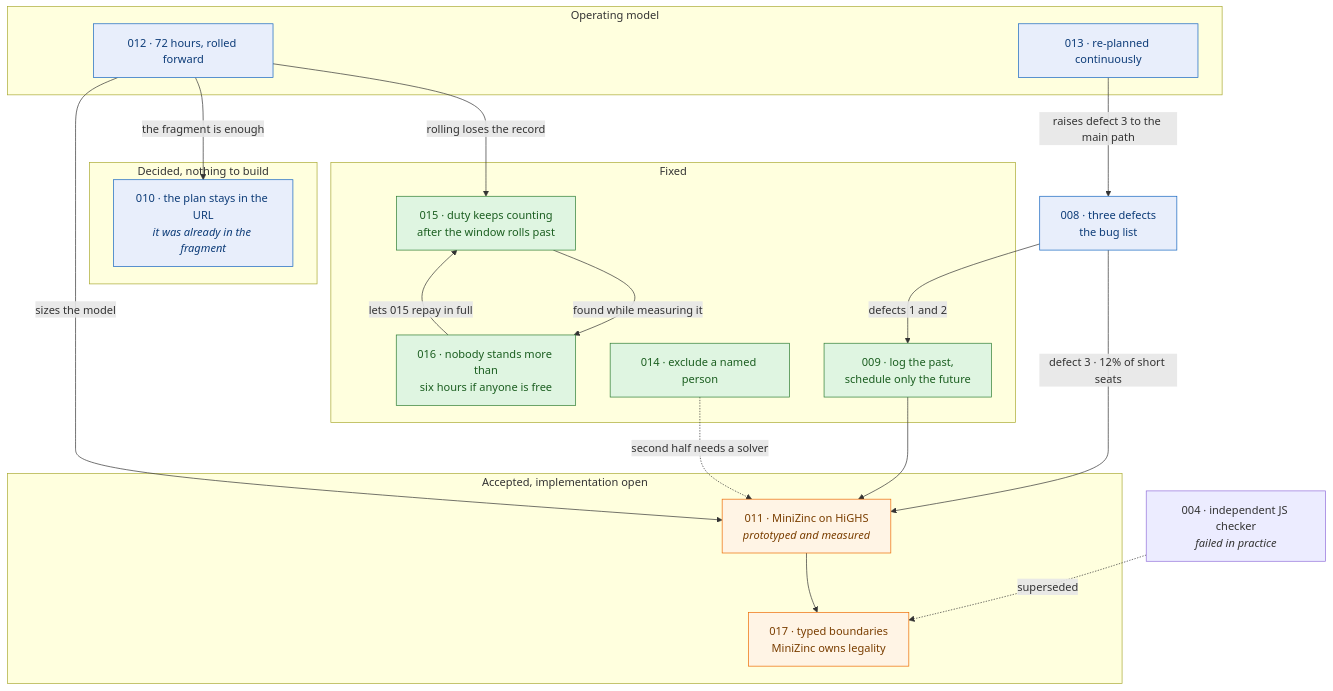
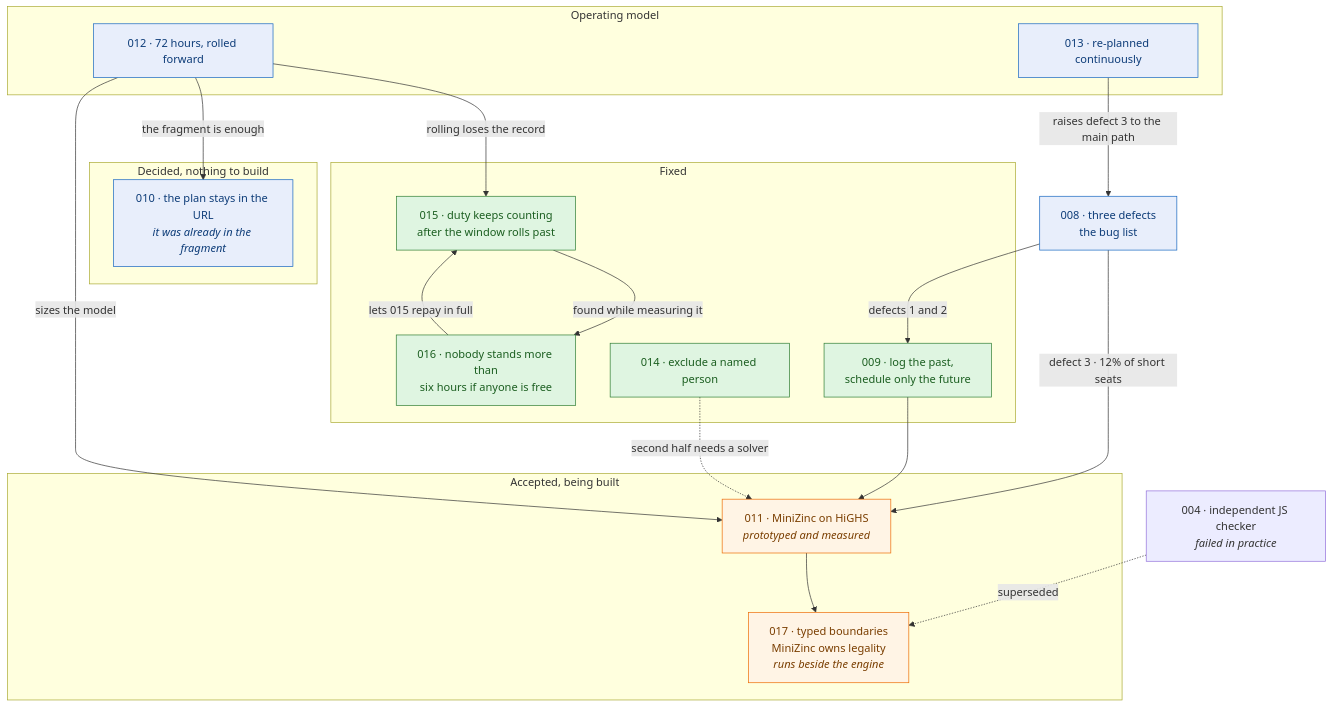
One commit to barakplasma/guard changed the diagram in docs/plans/README.md. Above: the diagram before and after it, drawn with Mermaid. The commit also changed other lines of this file and 28 other files, not shown here.

````diff
--- a/docs/plans/README.md
+++ b/docs/plans/README.md
@@ -30,45 +30,45 @@
 ```mermaid
 flowchart TB
     A008["008 · three defects<br/>the bug list"]
 
     subgraph fixed ["Fixed"]
         A009["009 · log the past,<br/>schedule only the future"]
         A015["015 · duty keeps counting<br/>after the window rolls past"]
         A014["014 · exclude a named person"]
         A016["016 · nobody stands more than<br/>six hours if anyone is free"]
     end
 
     subgraph decided ["Decided, nothing to build"]
         A010["010 · the plan stays in the URL<br/><i>it was already in the fragment</i>"]
     end
 
-    subgraph open ["Accepted, implementation open"]
+    subgraph open ["Accepted, being built"]
         A011["011 · MiniZinc on HiGHS<br/><i>prototyped and measured</i>"]
-        A017["017 · typed boundaries<br/>MiniZinc owns legality"]
+        A017["017 · typed boundaries<br/>MiniZinc owns legality<br/><i>runs beside the engine</i>"]
     end
 
     subgraph frame ["Operating model"]
         A012["012 · 72 hours, rolled forward"]
         A013["013 · re-planned continuously"]
     end
 
     A008 -- "defects 1 and 2" --> A009
     A008 -- "defect 3 · 12% of short seats" --> A011
     A012 -- "rolling loses the record" --> A015
     A013 -- "raises defect 3 to the main path" --> A008
     A012 -- "the fragment is enough" --> A010
     A012 -- "sizes the model" --> A011
     A009 --> A011
     A004["004 · independent JS checker<br/><i>failed in practice</i>"] -. "superseded" .-> A017
     A011 --> A017
     A015 -- "found while measuring it" --> A016
     A016 -- "lets 015 repay in full" --> A015
     A014 -. "second half needs a solver" .-> A011
 
     classDef done fill:#dff5e1,stroke:#2e7d32,color:#1b5e20
     classDef todo fill:#fff4e5,stroke:#ed6c02,color:#7a3e00
     classDef info fill:#e8eefb,stroke:#1565c0,color:#0d3c78
     class A009,A015,A014,A016 done
     class A011,A017 todo
     class A008,A010,A012,A013 info
 ```
````
